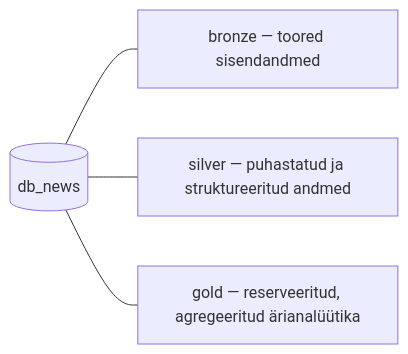
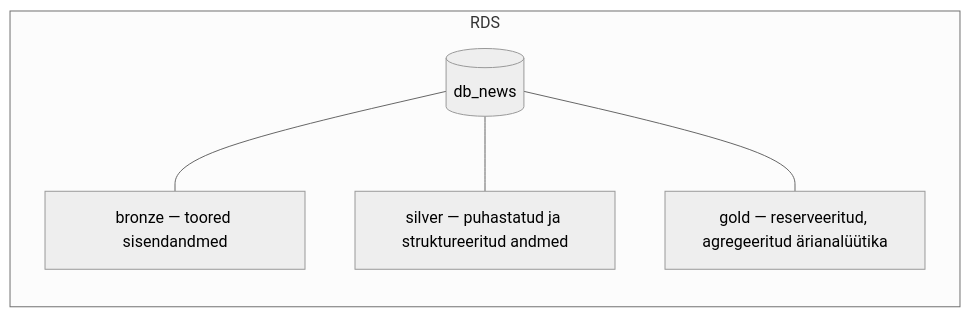
One commit to kaidokariste/ut-aik-grupitoo changed the first of 2 diagrams in RDS/README.md. Above: the diagram before and after it, drawn with Mermaid. The commit also changed other lines of this file and 2 other files, not shown here.

Commit message:
mermaid theme fix

````diff
--- a/RDS/README.md
+++ b/RDS/README.md
@@ -21,7 +21,10 @@
 ```mermaid
+%%{init: {'theme': 'neutral'}}%%
 graph LR
-    DB[("db_news")]
-    DB --- B["bronze — toored sisendandmed"]
-    DB --- S["silver — puhastatud ja struktureeritud andmed"]
-    DB --- G["gold — reserveeritud, agregeeritud ärianalüütika"]
+    subgraph RDS
+        DB[("db_news")]
+        DB --- B["bronze — toored sisendandmed"]
+        DB --- S["silver — puhastatud ja struktureeritud andmed"]
+        DB --- G["gold — reserveeritud, agregeeritud ärianalüütika"]
+    end
 ```
````
